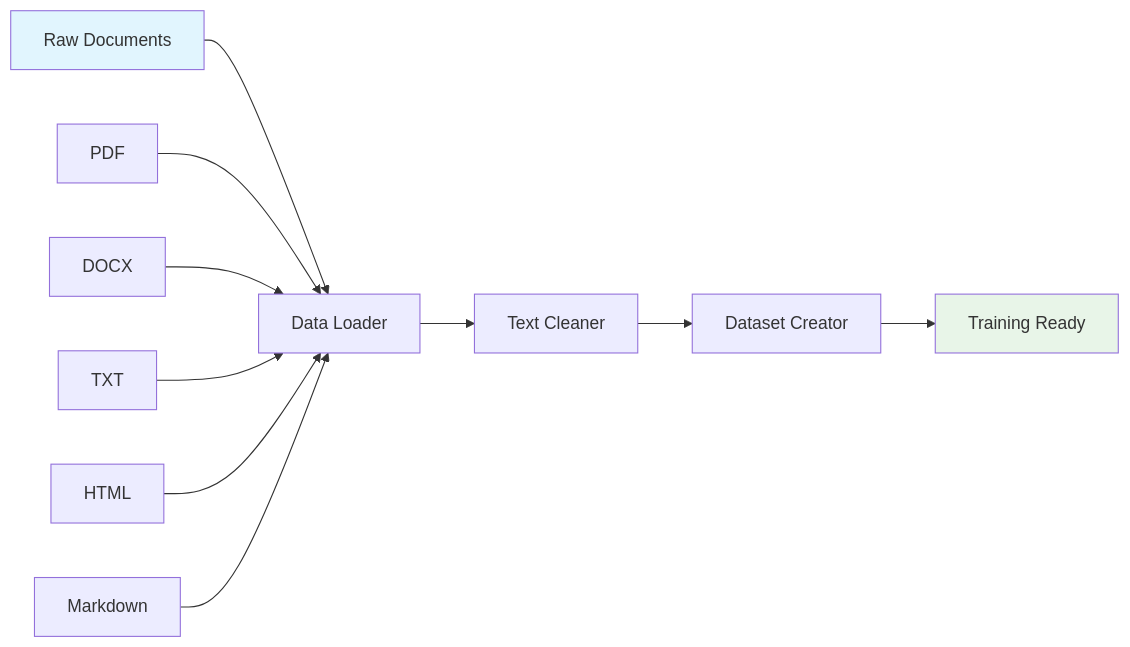
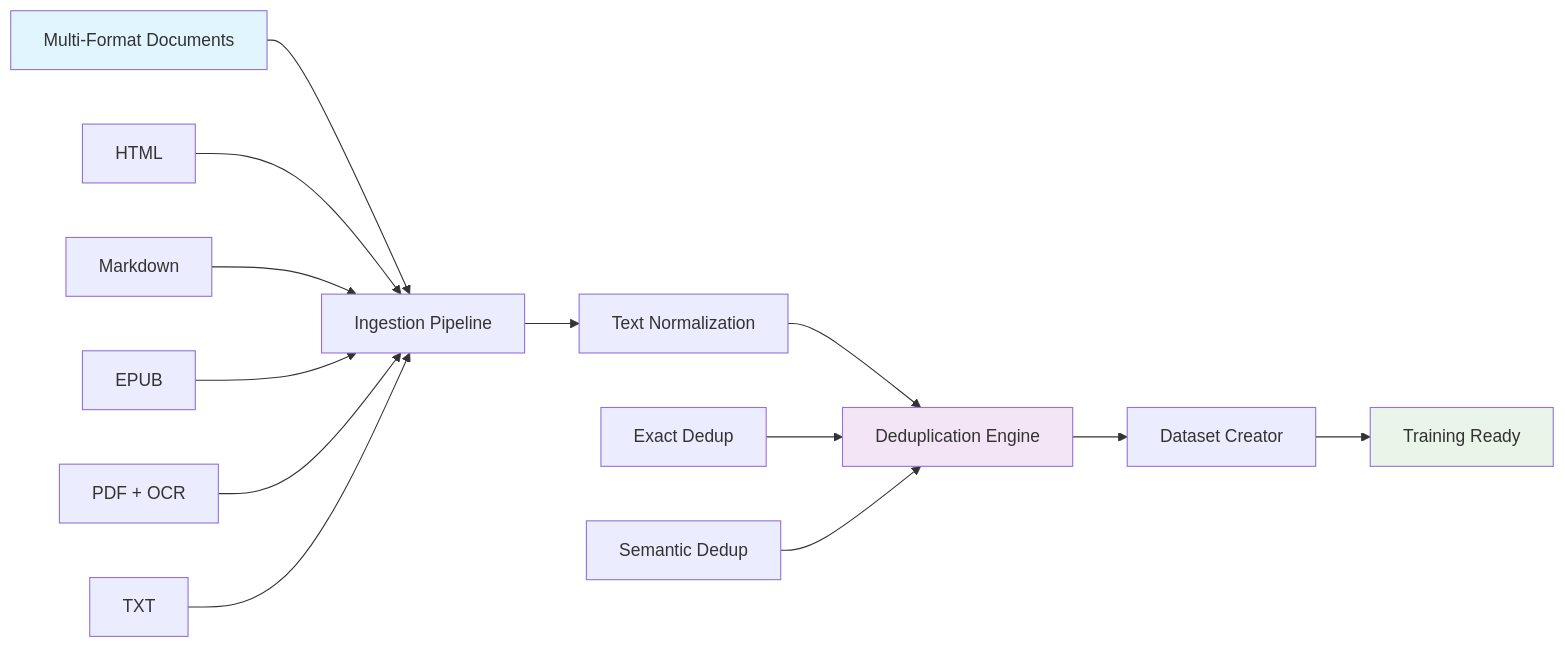
The diagram in docs/user-guide/data-processing.md (qubasehq/llmbuilder-package), drawn with Mermaid before and after one commit. The commit also changed other lines of this file and 145 other files, not shown here.

````diff
--- a/docs/user-guide/data-processing.md
+++ b/docs/user-guide/data-processing.md
@@ -9,16 +9,21 @@
 ```mermaid
 graph LR
-    A[Raw Documents] --> B[Data Loader]
-    B --> C[Text Cleaner]
-    C --> D[Dataset Creator]
-    D --> E[Training Ready]
-    
-    A1[PDF] --> B
-    A2[DOCX] --> B
-    A3[TXT] --> B
-    A4[HTML] --> B
-    A5[Markdown] --> B
-    
+    A[Multi-Format Documents] --> B[Ingestion Pipeline]
+    B --> C[Text Normalization]
+    C --> D[Deduplication Engine]
+    D --> E[Dataset Creator]
+    E --> F[Training Ready]
+
+    A1[HTML] --> B
+    A2[Markdown] --> B
+    A3[EPUB] --> B
+    A4[PDF + OCR] --> B
+    A5[TXT] --> B
+
+    D1[Exact Dedup] --> D
+    D2[Semantic Dedup] --> D
+
     style A fill:#e1f5fe
-    style E fill:#e8f5e8
+    style D fill:#f3e5f5
+    style F fill:#e8f5e8
 ```
````
